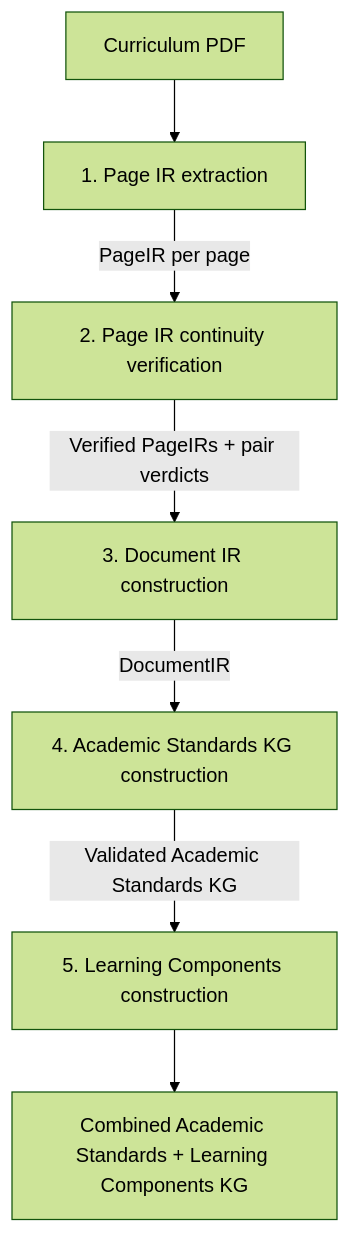
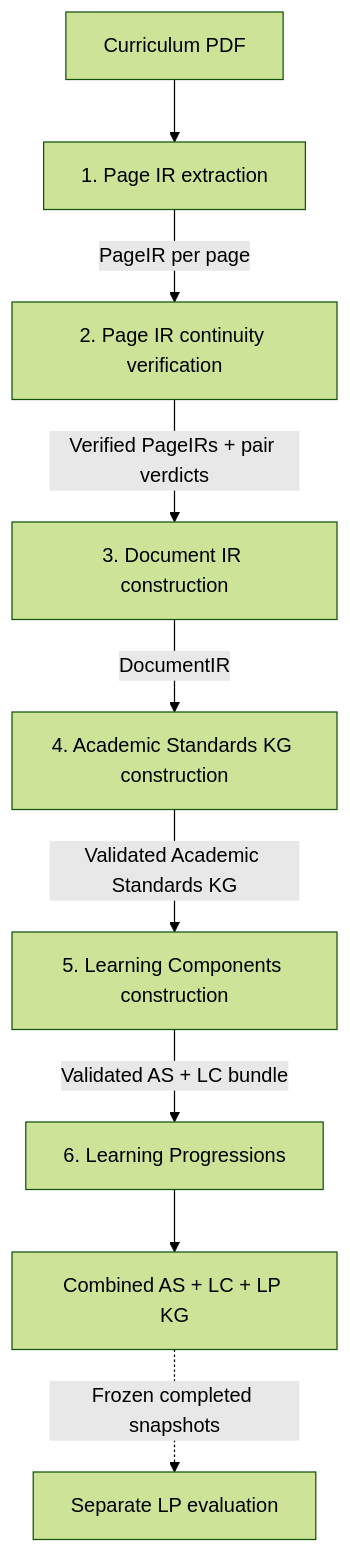
One commit to IDinsight/KGForEdGlobal changed the first of 3 diagrams in docs/architecture.md. Above: the diagram before and after it, drawn with Mermaid (forest theme). The commit also changed other lines of this file and 14 other files, not shown here.

````diff
--- a/docs/architecture.md
+++ b/docs/architecture.md
@@ -22,9 +22,11 @@
 ```mermaid
 flowchart TD
     A[Curriculum PDF] --> B[1. Page IR extraction]
     B -->|PageIR per page| C[2. Page IR continuity verification]
     C -->|Verified PageIRs + pair verdicts| D[3. Document IR construction]
     D -->|DocumentIR| E[4. Academic Standards KG construction]
     E -->|Validated Academic Standards KG| F[5. Learning Components construction]
-    F --> G[Combined Academic Standards + Learning Components KG]
+    F -->|Validated AS + LC bundle| G[6. Learning Progressions]
+    G --> H[Combined AS + LC + LP KG]
+    H -. Frozen completed snapshots .-> I[Separate LP evaluation]
 ```
````
